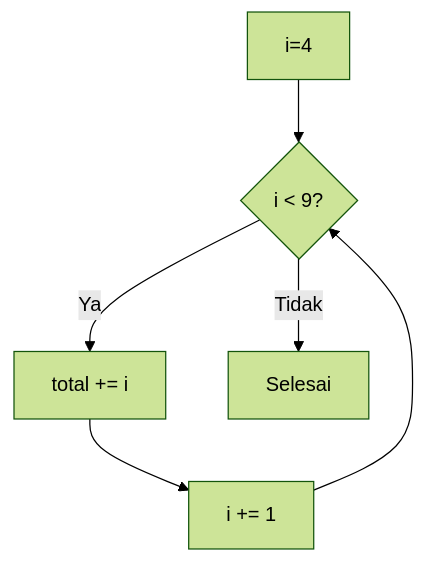
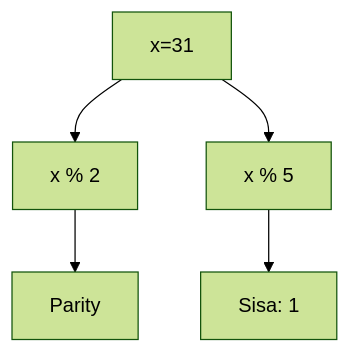
Before and after one commit to amnahwaida/OSNK_INF_PREP: diagram 20 of 25 in part-c-pemahaman-cpp/03-perulangan/latihan/set-03.md, drawn with Mermaid (forest theme). The commit also changed other lines of this file and 71 other files, not shown here.

````diff
--- a/part-c-pemahaman-cpp/03-perulangan/latihan/set-03.md
+++ b/part-c-pemahaman-cpp/03-perulangan/latihan/set-03.md
@@ -621,8 +596,7 @@
 ```mermaid
 graph TD
-    A[i=4] --> B{i < 9?}
-    B -- Ya --> C[total += i]
-    C --> D[i += 1]
-    D --> B
-    B -- Tidak --> E[Selesai]
+A[x=31] --> B[x % 2]
+B --> C[Parity]
+A --> D[x % 5]
+D --> E[Sisa: 1]
 ```
````
